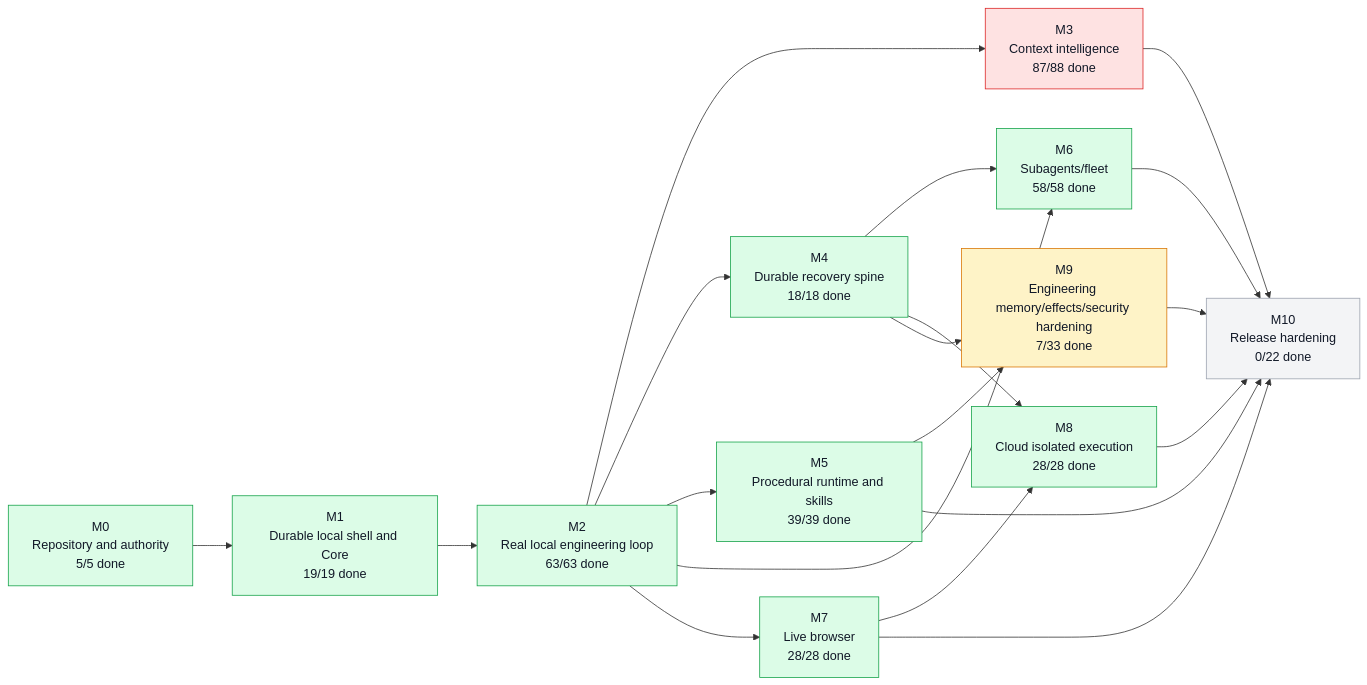
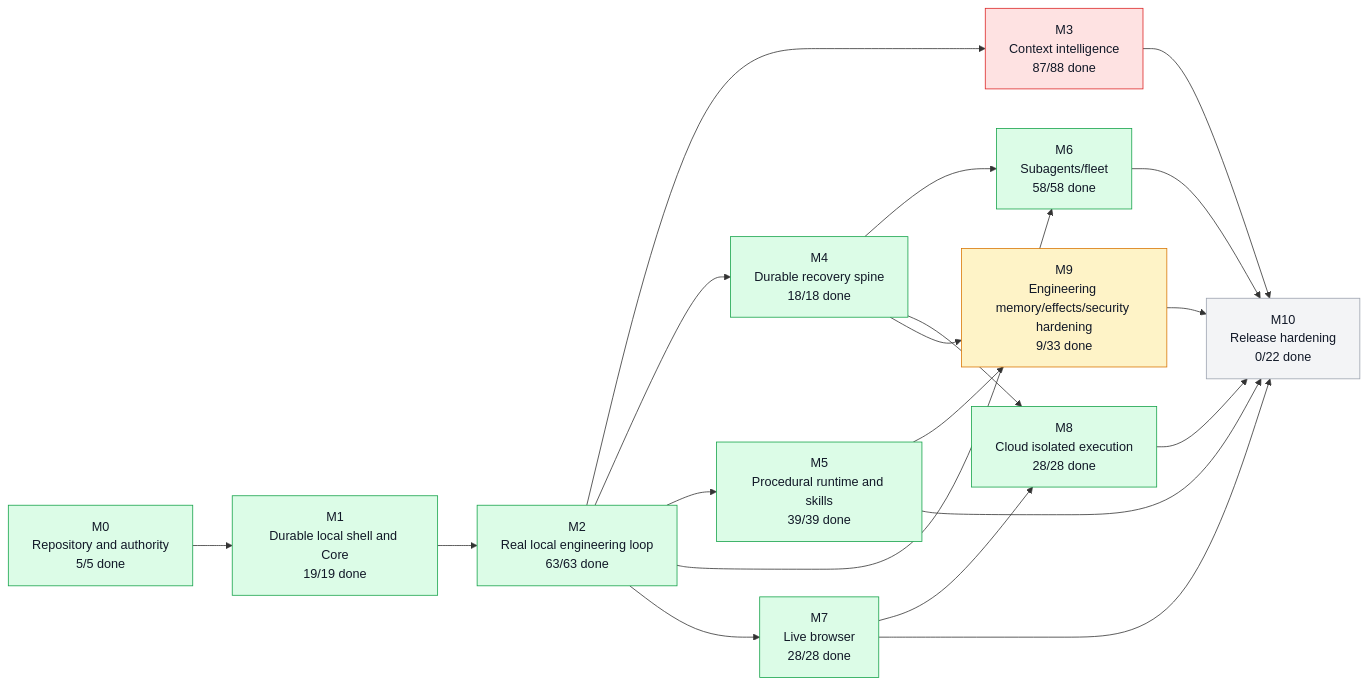
Before and after one commit to moss101/modbit: the first of 5 diagrams in graph/PROJECT_GRAPH.md, drawn with Mermaid. The commit also changed other lines of this file and 5 other files, not shown here.

````diff
--- a/graph/PROJECT_GRAPH.md
+++ b/graph/PROJECT_GRAPH.md
@@ -57,43 +57,43 @@
 ```mermaid
 flowchart LR
   M0["M0<br/>Repository and authority<br/>5/5 done"]
   M1["M1<br/>Durable local shell and Core<br/>19/19 done"]
   M2["M2<br/>Real local engineering loop<br/>63/63 done"]
   M3["M3<br/>Context intelligence<br/>87/88 done"]
   M4["M4<br/>Durable recovery spine<br/>18/18 done"]
   M5["M5<br/>Procedural runtime and skills<br/>39/39 done"]
   M6["M6<br/>Subagents/fleet<br/>58/58 done"]
   M7["M7<br/>Live browser<br/>28/28 done"]
   M8["M8<br/>Cloud isolated execution<br/>28/28 done"]
-  M9["M9<br/>Engineering memory/effects/security hardening<br/>7/33 done"]
+  M9["M9<br/>Engineering memory/effects/security hardening<br/>9/33 done"]
   M10["M10<br/>Release hardening<br/>0/22 done"]
   M0 --> M1
   M1 --> M2
   M2 --> M3
   M2 --> M4
   M2 --> M5
   M2 --> M6
   M4 --> M6
   M2 --> M7
   M4 --> M8
   M7 --> M8
   M4 --> M9
   M5 --> M9
   M3 --> M10
   M5 --> M10
   M6 --> M10
   M7 --> M10
   M8 --> M10
   M9 --> M10
   style M0 fill:#dcfce7,stroke:#16a34a,color:#111827
   style M1 fill:#dcfce7,stroke:#16a34a,color:#111827
   style M2 fill:#dcfce7,stroke:#16a34a,color:#111827
   style M3 fill:#fee2e2,stroke:#dc2626,color:#111827
   style M4 fill:#dcfce7,stroke:#16a34a,color:#111827
   style M5 fill:#dcfce7,stroke:#16a34a,color:#111827
   style M6 fill:#dcfce7,stroke:#16a34a,color:#111827
   style M7 fill:#dcfce7,stroke:#16a34a,color:#111827
   style M8 fill:#dcfce7,stroke:#16a34a,color:#111827
   style M9 fill:#fef3c7,stroke:#d97706,color:#111827
   style M10 fill:#f3f4f6,stroke:#9ca3af,color:#111827
 ```
````
